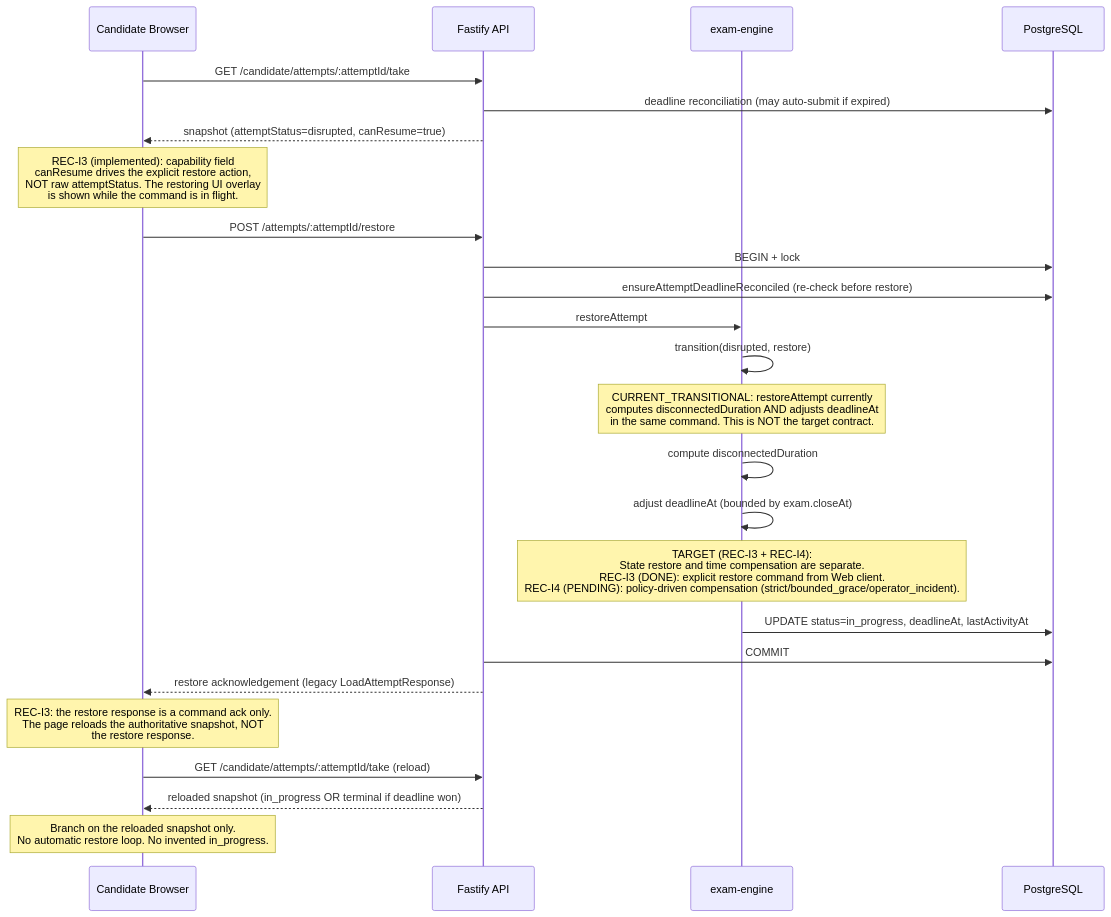
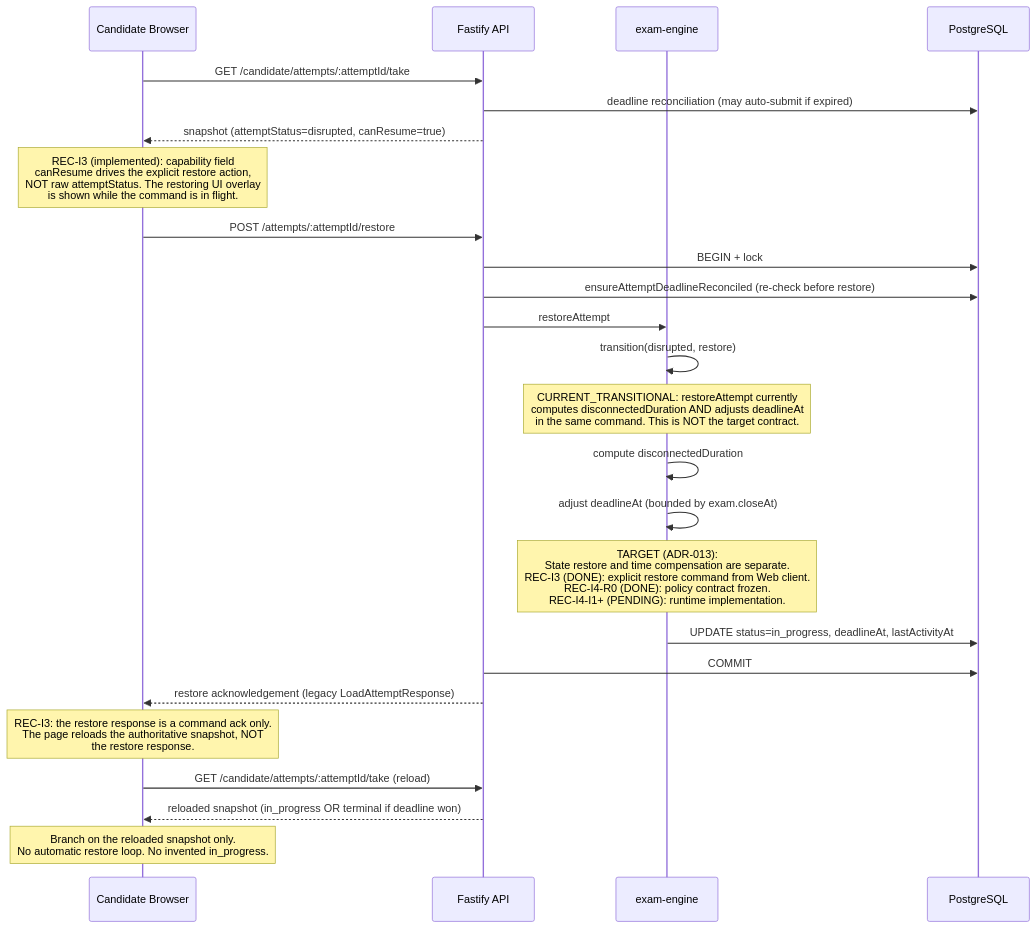
The fifth of 9 diagrams in docs/architecture/exam-system/candidate-recovery.md (jnhu76/exam), drawn with Mermaid before and after one commit. The commit also changed other lines of this file and 8 other files, not shown here.

Commit message:
docs(recovery): freeze interruption and time-compensation policy

````diff
--- a/docs/architecture/exam-system/candidate-recovery.md
+++ b/docs/architecture/exam-system/candidate-recovery.md
@@ -161,28 +163,28 @@
 ```mermaid
 sequenceDiagram
     participant C as Candidate Browser
     participant API as Fastify API
     participant Engine as exam-engine
     participant DB as PostgreSQL
 
     C->>API: GET /candidate/attempts/:attemptId/take
     API->>DB: deadline reconciliation (may auto-submit if expired)
     API-->>C: snapshot (attemptStatus=disrupted, canResume=true)
     Note over C: REC-I3 (implemented): capability field<br/>canResume drives the explicit restore action,<br/>NOT raw attemptStatus. The restoring UI overlay<br/>is shown while the command is in flight.
     C->>API: POST /attempts/:attemptId/restore
     API->>DB: BEGIN + lock
     API->>DB: ensureAttemptDeadlineReconciled (re-check before restore)
     API->>Engine: restoreAttempt
     Engine->>Engine: transition(disrupted, restore)
     Note over Engine: CURRENT_TRANSITIONAL: restoreAttempt currently<br/>computes disconnectedDuration AND adjusts deadlineAt<br/>in the same command. This is NOT the target contract.
     Engine->>Engine: compute disconnectedDuration
     Engine->>Engine: adjust deadlineAt (bounded by exam.closeAt)
-    Note over Engine: TARGET (REC-I3 + REC-I4):<br/>State restore and time compensation are separate.<br/>REC-I3 (DONE): explicit restore command from Web client.<br/>REC-I4 (PENDING): policy-driven compensation (strict/bounded_grace/operator_incident).
+    Note over Engine: TARGET (ADR-013):<br/>State restore and time compensation are separate.<br/>REC-I3 (DONE): explicit restore command from Web client.<br/>REC-I4-R0 (DONE): policy contract frozen.<br/>REC-I4-I1+ (PENDING): runtime implementation.
     Engine->>DB: UPDATE status=in_progress, deadlineAt, lastActivityAt
     API->>DB: COMMIT
     API-->>C: restore acknowledgement (legacy LoadAttemptResponse)
     Note over C: REC-I3: the restore response is a command ack only.<br/>The page reloads the authoritative snapshot, NOT<br/>the restore response.
     C->>API: GET /candidate/attempts/:attemptId/take (reload)
     API-->>C: reloaded snapshot (in_progress OR terminal if deadline won)
     Note over C: Branch on the reloaded snapshot only.<br/>No automatic restore loop. No invented in_progress.
 ```
````
